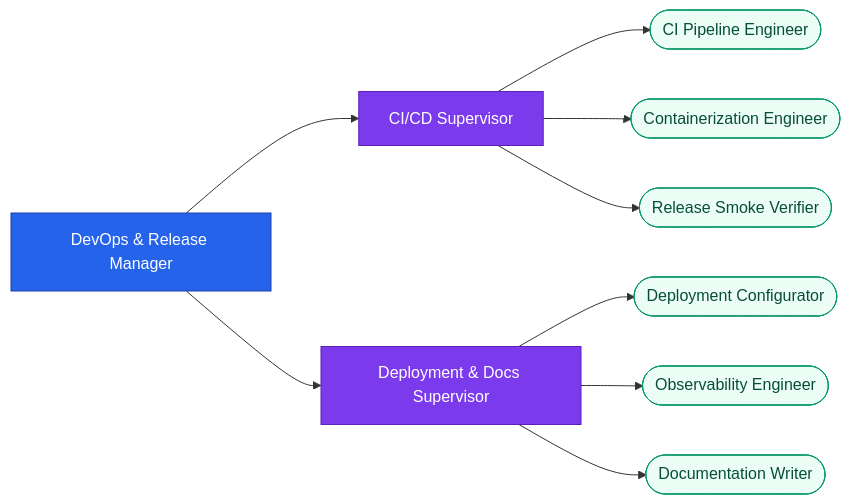
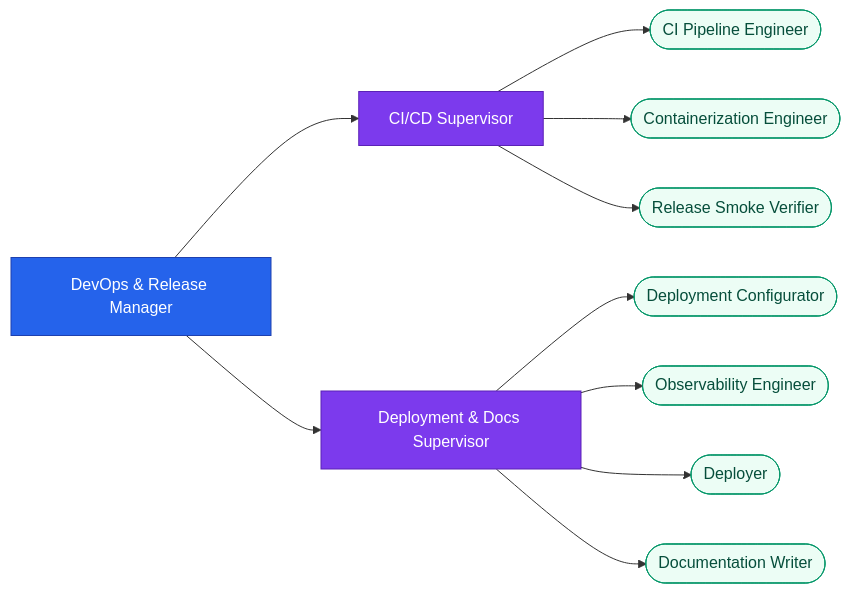
The eighth of 8 diagrams in docs/system/02-chain-of-command.md (Waleed178-del/lets-do-it), drawn with Mermaid before and after one commit. The commit also changed other lines of this file and 14 other files, not shown here.

First line of the commit message:
Enforce delegation in the engine, add @commands verify, diagrams for 2.0

````diff
--- a/docs/system/02-chain-of-command.md
+++ b/docs/system/02-chain-of-command.md
@@ -273,18 +277,19 @@
 ```mermaid
 flowchart LR
     mgr_release["DevOps & Release Manager"]
     mgr_release --> sup_cicd["CI/CD Supervisor"]
     sup_cicd --> wrk_ci_pipeline(["CI Pipeline Engineer"])
     sup_cicd --> wrk_containerizer(["Containerization Engineer"])
     sup_cicd --> wrk_release_verifier(["Release Smoke Verifier"])
     mgr_release --> sup_deploy_docs["Deployment & Docs Supervisor"]
     sup_deploy_docs --> wrk_deploy_config(["Deployment Configurator"])
     sup_deploy_docs --> wrk_observability(["Observability Engineer"])
+    sup_deploy_docs --> wrk_deployer(["Deployer"])
     sup_deploy_docs --> wrk_docs_writer(["Documentation Writer"])
     classDef mgr fill:#2563eb,color:#fff,stroke:#1e40af
     classDef sup fill:#7c3aed,color:#fff,stroke:#5b21b6
     classDef wrk fill:#ecfdf5,color:#064e3b,stroke:#059669
     class mgr_release mgr
     class sup_cicd,sup_deploy_docs sup
-    class wrk_ci_pipeline,wrk_containerizer,wrk_release_verifier,wrk_deploy_config,wrk_observability,wrk_docs_writer wrk
+    class wrk_ci_pipeline,wrk_containerizer,wrk_release_verifier,wrk_deploy_config,wrk_observability,wrk_deployer,wrk_docs_writer wrk
 ```
````
